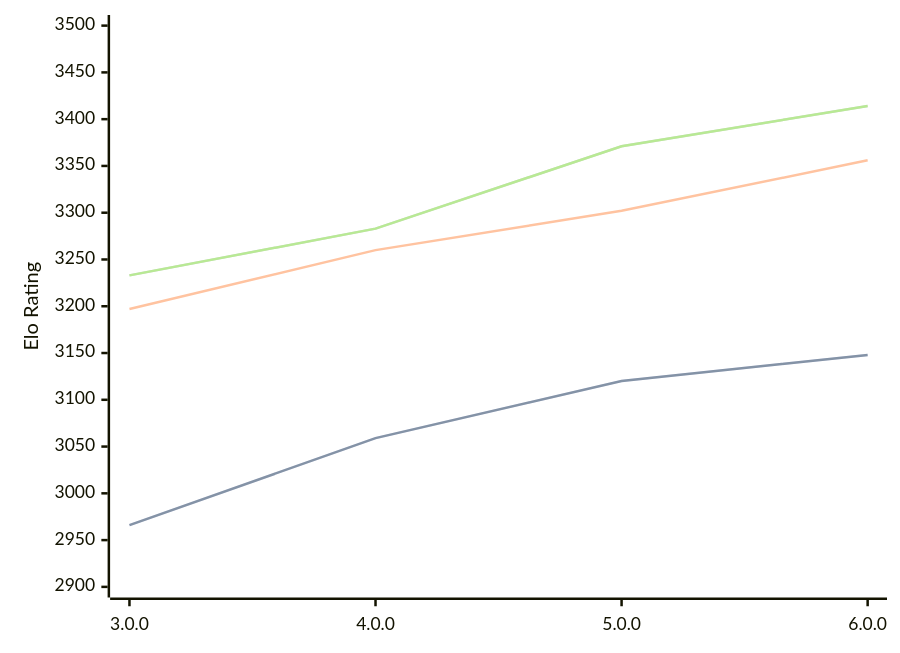
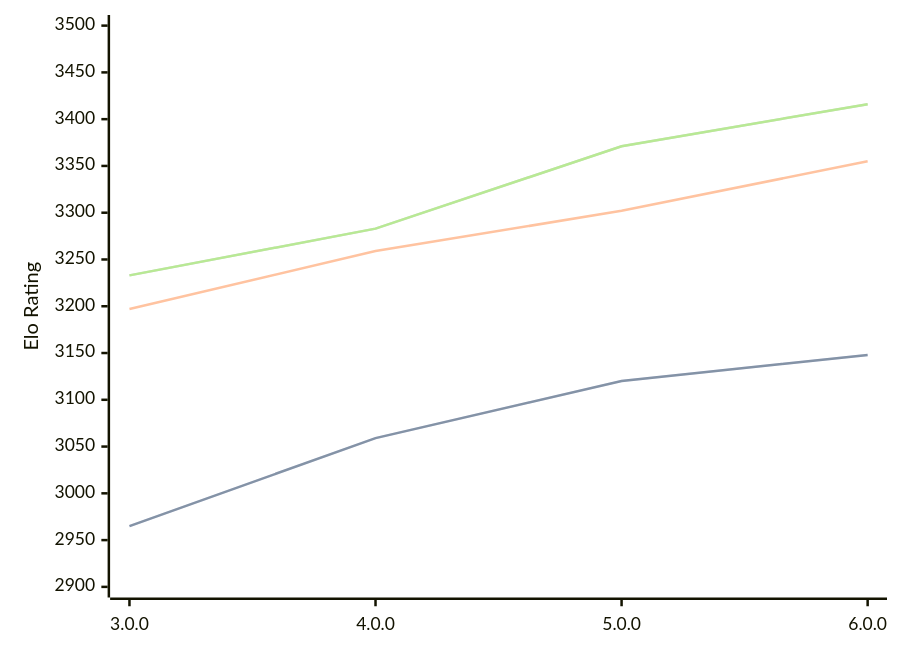
One commit to computer-chess-index/cci changed the first of 3 diagrams in engines/Minke.md. Above: the diagram before and after it, drawn with Mermaid. The commit also changed other lines of this file, not shown here.

Commit message:
Update CCI Ratings (ELO VLTC) - 2026-06-27

````diff
--- a/engines/Minke.md
+++ b/engines/Minke.md
@@ -36,11 +36,11 @@
 ```mermaid
 %%{init: {"theme":"base","themeVariables":{"seriesColors:['#a3a3a3','#222221','#faa371']}}}%%
 xychart-beta
   x-axis ["3.0.0", "4.0.0", "5.0.0", "6.0.0"]
   y-axis "Elo Rating" 2900 --> 3500
-  line "STC (8.0+0.08s)" [2966, 3059, 3120, 3148]
-  line "STC (8.0+0.08s)" [2966, 3059, 3120, 3148]
-  line "LTC (60.0+0.60s)" [3197, 3260, 3302, 3356]
-  line "VLTC (2m24s+1.12s)" [3233, 3283, 3371, 3414]
-  line "VLTC (2m24s+1.12s)" [3233, 3283, 3371, 3414]
+  line "STC (8.0+0.08s)" [2965, 3059, 3120, 3148]
+  line "STC (8.0+0.08s)" [2965, 3059, 3120, 3148]
+  line "LTC (60.0+0.60s)" [3197, 3259, 3302, 3355]
+  line "VLTC (2m24s+1.12s)" [3233, 3283, 3371, 3416]
+  line "VLTC (2m24s+1.12s)" [3233, 3283, 3371, 3416]
 ```
````
